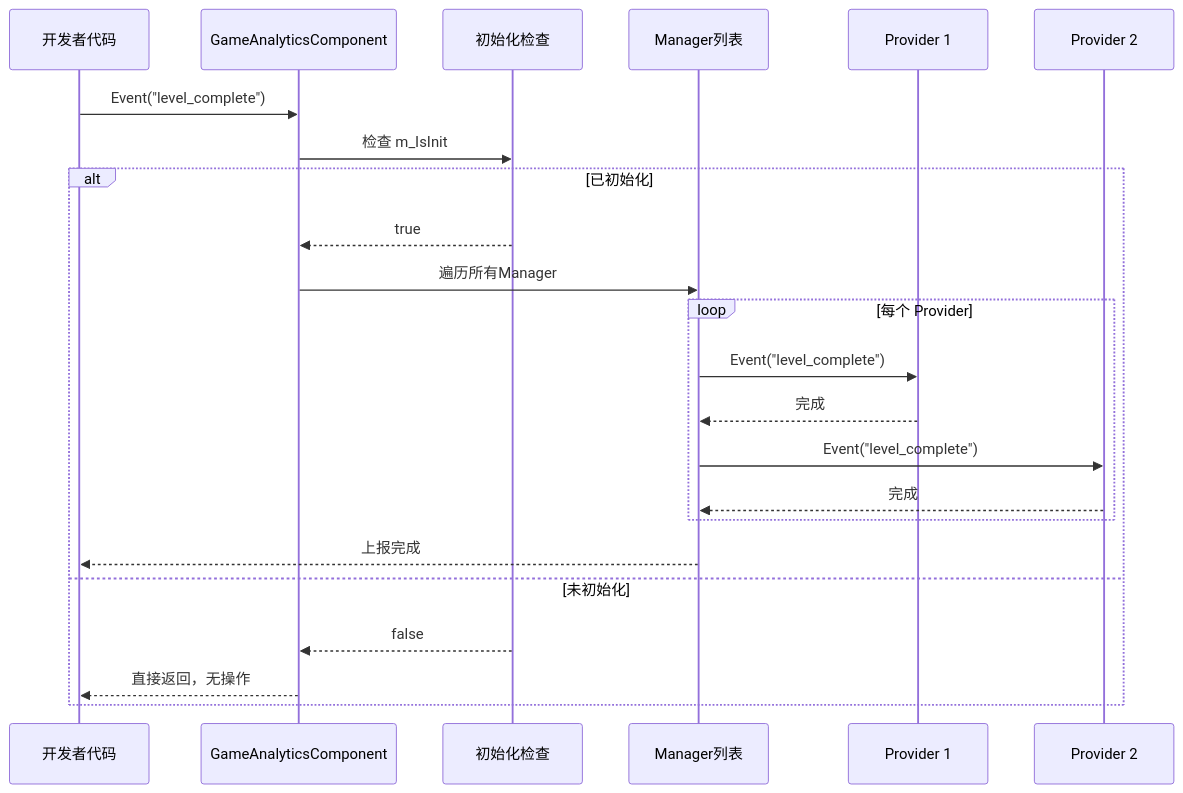
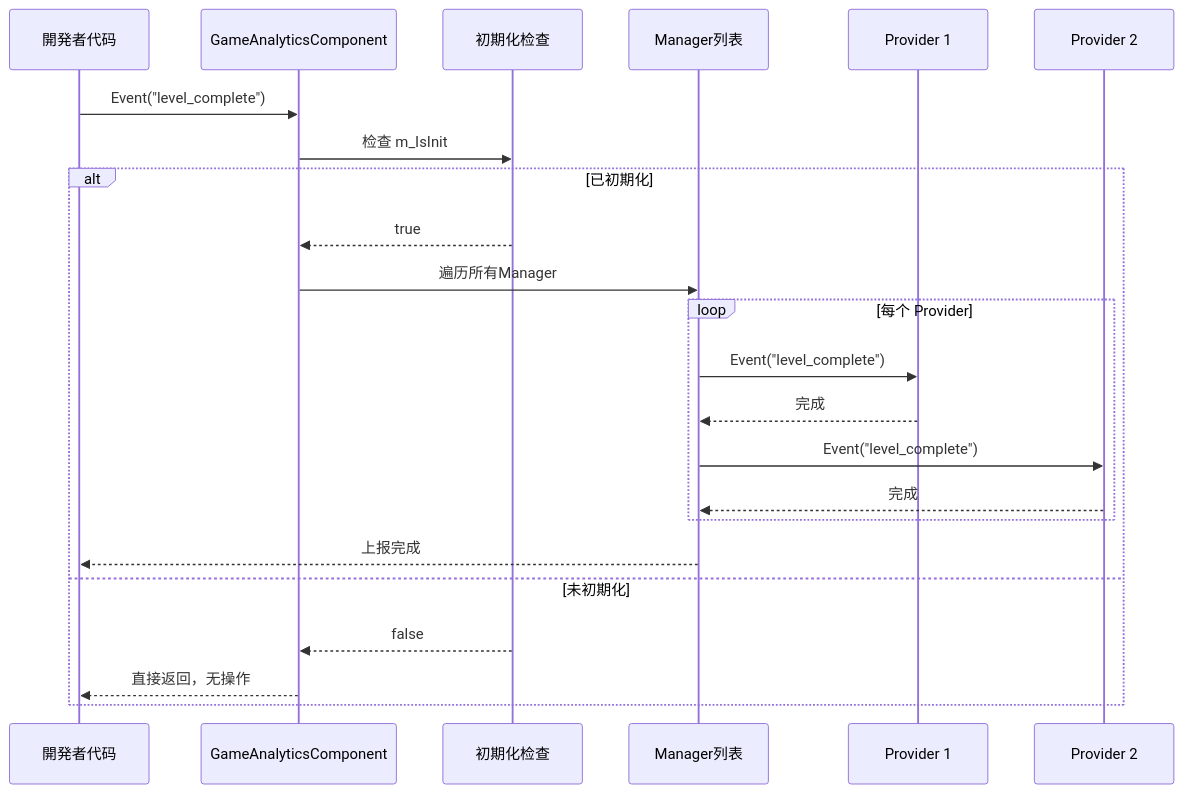
The second of 2 diagrams in docs/ja/client/unity/component/gameanalytics/03.getting-started.md (AlianBlank/GameFrameX.Docs), drawn with Mermaid before and after one commit. The commit also changed other lines of this file and 603 other files, not shown here.

````diff
--- a/docs/ja/client/unity/component/gameanalytics/03.getting-started.md
+++ b/docs/ja/client/unity/component/gameanalytics/03.getting-started.md
@@ -77,26 +77,26 @@
 ```mermaid
 sequenceDiagram
-    participant Dev as 开发者代码
+    participant Dev as 開発者代码
     participant GAC as GameAnalyticsComponent
-    participant Init as 初始化检查
+    participant Init as 初期化检查
     participant Mgr as Manager列表
     participant P1 as Provider 1
     participant P2 as Provider 2
 
     Dev->>GAC: Event("level_complete")
     GAC->>Init: 检查 m_IsInit
-    alt 已初始化
+    alt 已初期化
         Init-->>GAC: true
         GAC->>Mgr: 遍历所有Manager
         loop 每个 Provider
             Mgr->>P1: Event("level_complete")
             P1-->>Mgr: 完成
             Mgr->>P2: Event("level_complete")
             P2-->>Mgr: 完成
         end
         Mgr-->>Dev: 上报完成
-    else 未初始化
+    else 未初期化
         Init-->>GAC: false
         GAC-->>Dev: 直接返回，无操作
     end
 ```
````
